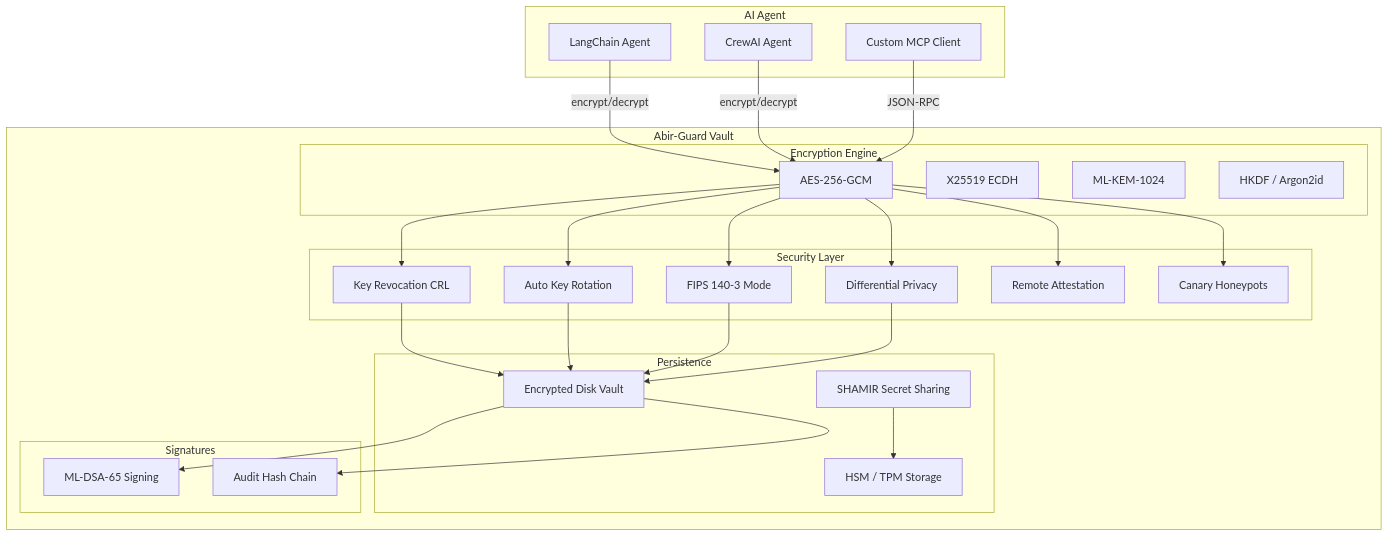
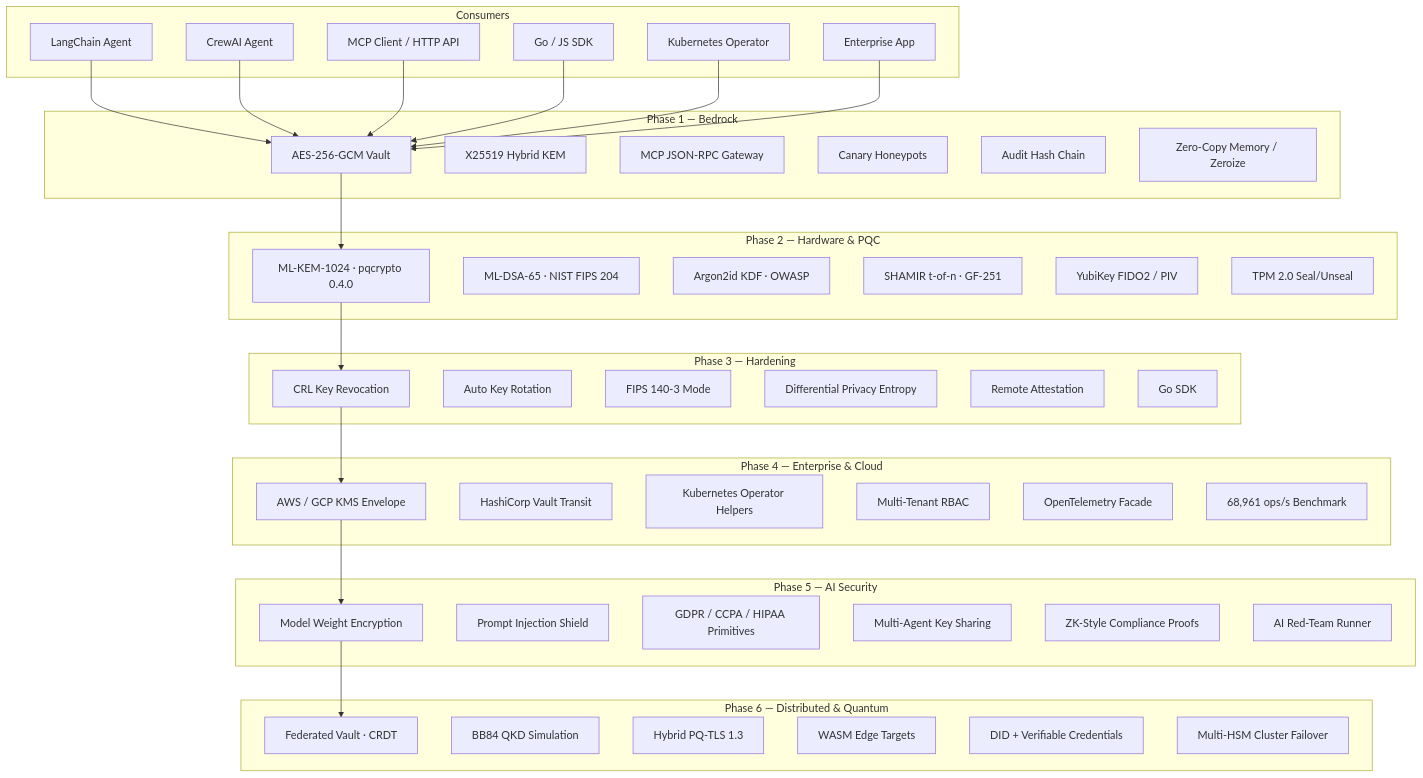
Before and after one commit to Abiress/abir-guard: the diagram in README.md, drawn with Mermaid. The commit also changed other lines of this file and 1 other file, not shown here.

````diff
--- a/README.md
+++ b/README.md
@@ -100,57 +94,72 @@
 ```mermaid
 graph TB
-    subgraph "AI Agent"
-        A1[LangChain Agent]
-        A2[CrewAI Agent]
-        A3[Custom MCP Client]
+    subgraph "Consumers"
+        C1[LangChain Agent]
+        C2[CrewAI Agent]
+        C3[MCP Client / HTTP API]
+        C4[Go / JS SDK]
+        C5[Kubernetes Operator]
+        C6[Enterprise App]
     end
 
-    subgraph "Abir-Guard Vault"
-        subgraph "Encryption Engine"
-            E1[AES-256-GCM]
-            E2[X25519 ECDH]
-            E3[ML-KEM-1024]
-            E4[HKDF / Argon2id]
-        end
-
-        subgraph "Security Layer"
-            S1[Key Revocation CRL]
-            S2[Auto Key Rotation]
-            S3[FIPS 140-3 Mode]
-            S4[Differential Privacy]
-            S5[Remote Attestation]
-            S6[Canary Honeypots]
-        end
-
-        subgraph "Persistence"
-            P1[Encrypted Disk Vault]
-            P2[SHAMIR Secret Sharing]
-            P3[HSM / TPM Storage]
-        end
-
-        subgraph "Signatures"
-            G1[ML-DSA-65 Signing]
-            G2[Audit Hash Chain]
-        end
+    subgraph "Phase 1 — Bedrock"
+        B1[AES-256-GCM Vault]
+        B2[X25519 Hybrid KEM]
+        B3[MCP JSON-RPC Gateway]
+        B4[Canary Honeypots]
+        B5[Audit Hash Chain]
+        B6[Zero-Copy Memory / Zeroize]
     end
 
-    A1 -->|encrypt/decrypt| E1
-    A2 -->|encrypt/decrypt| E1
-    A3 -->|JSON-RPC| E1
+    subgraph "Phase 2 — Hardware & PQC"
+        H1[ML-KEM-1024 · pqcrypto 0.4.0]
+        H2[ML-DSA-65 · NIST FIPS 204]
+        H3[Argon2id KDF · OWASP]
+        H4[SHAMIR t-of-n · GF-251]
+        H5[YubiKey FIDO2 / PIV]
+        H6[TPM 2.0 Seal/Unseal]
+    end
 
-    E1 --> S1
-    E1 --> S2
-    E1 --> S3
-    E1 --> S4
-    E1 --> S5
-    E1 --> S6
+    subgraph "Phase 3 — Hardening"
+        R1[CRL Key Revocation]
+        R2[Auto Key Rotation]
+        R3[FIPS 140-3 Mode]
+        R4[Differential Privacy Entropy]
+        R5[Remote Attestation]
+        R6[Go SDK]
+    end
 
-    S1 --> P1
-    S2 --> P1
-    S3 --> P1
-    S4 --> P1
+    subgraph "Phase 4 — Enterprise & Cloud"
+        E1[AWS / GCP KMS Envelope]
+        E2[HashiCorp Vault Transit]
+        E3[Kubernetes Operator Helpers]
+        E4[Multi-Tenant RBAC]
+        E5[OpenTelemetry Facade]
+        E6[68,961 ops/s Benchmark]
+    end
 
-    P1 --> G2
-    P2 --> P3
-    P1 --> G1
+    subgraph "Phase 5 — AI Security"
+        A1[Model Weight Encryption]
+        A2[Prompt Injection Shield]
+        A3[GDPR / CCPA / HIPAA Primitives]
+        A4[Multi-Agent Key Sharing]
+        A5[ZK-Style Compliance Proofs]
+        A6[AI Red-Team Runner]
+    end
+
+    subgraph "Phase 6 — Distributed & Quantum"
+        Q1[Federated Vault · CRDT]
+        Q2[BB84 QKD Simulation]
+        Q3[Hybrid PQ-TLS 1.3]
+        Q4[WASM Edge Targets]
+        Q5[DID + Verifiable Credentials]
+        Q6[Multi-HSM Cluster Failover]
+    end
+
+    C1 & C2 & C3 & C4 & C5 & C6 --> B1
+    B1 --> H1
+    H1 --> R1
+    R1 --> E1
+    E1 --> A1
+    A1 --> Q1
 ```
````
